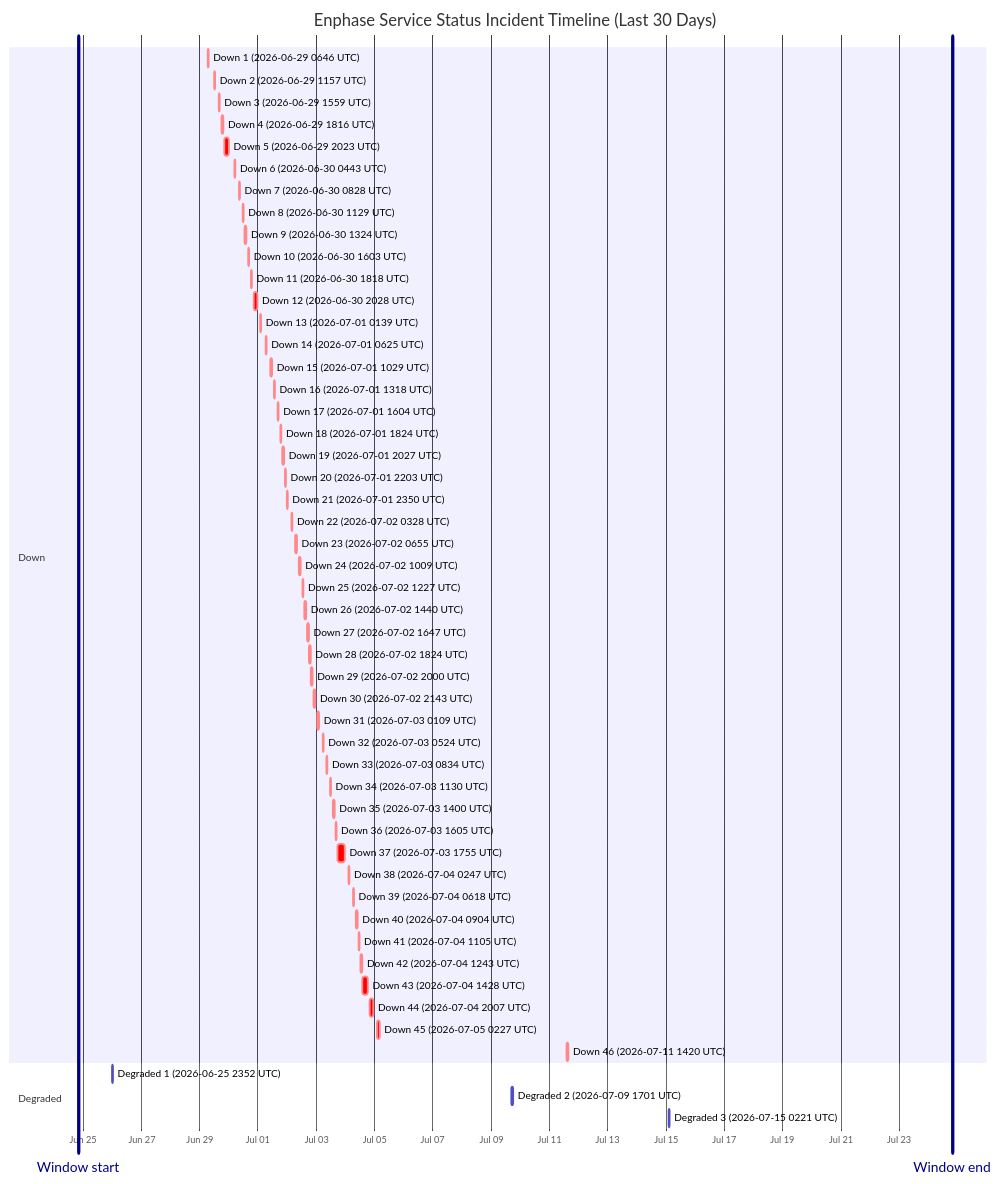
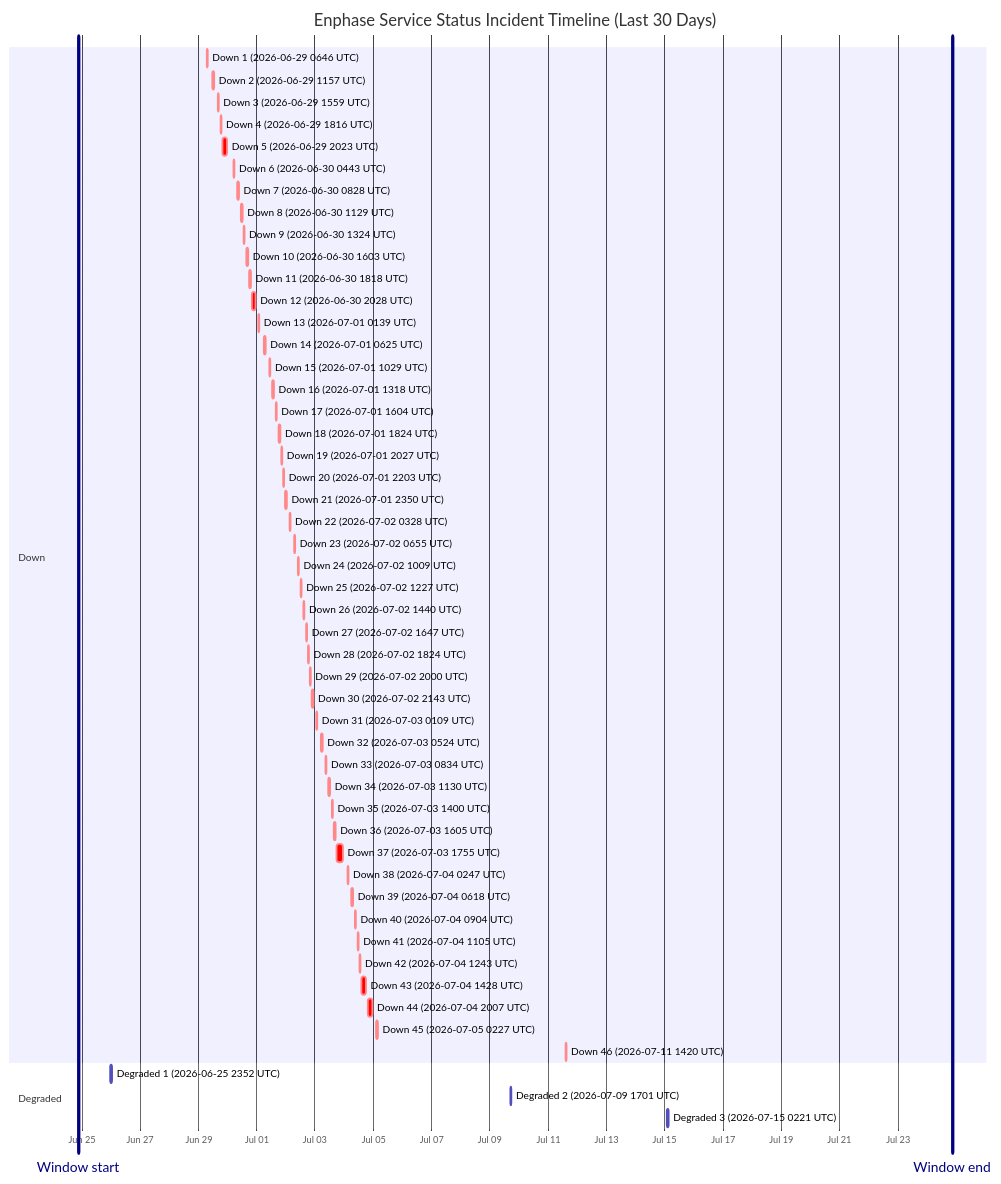
Before and after one commit to barneyonline/ha-enphase-energy: the diagram in wiki/Service-Status-History.md, drawn with Mermaid. The commit also changed other lines of this file and 3 other files, not shown here.

````diff
--- a/wiki/Service-Status-History.md
+++ b/wiki/Service-Status-History.md
@@ -14,59 +14,59 @@
 ```mermaid
 gantt
     title Enphase Service Status Incident Timeline (Last 30 Days)
     dateFormat  YYYY-MM-DDTHH:mm:ss
     axisFormat  %b %d
-    Window start :vert, window-start, 2026-06-24T19:54:21, 0ms
-    Window end :vert, window-end, 2026-07-24T19:54:21, 0ms
+    Window start :vert, window-start, 2026-06-24T21:01:29, 0ms
+    Window end :vert, window-end, 2026-07-24T21:01:29, 0ms
     section Down
     Down 1 (2026-06-29 0646 UTC) :crit, down-1, 2026-06-29T06:46:18, 60m
     Down 2 (2026-06-29 1157 UTC) :crit, down-2, 2026-06-29T11:57:36, 60m
     Down 3 (2026-06-29 1559 UTC) :crit, down-3, 2026-06-29T15:59:02, 60m
     Down 4 (2026-06-29 1816 UTC) :crit, down-4, 2026-06-29T18:16:38, 60m
     Down 5 (2026-06-29 2023 UTC) :crit, down-5, 2026-06-29T20:23:16, 220m
     Down 6 (2026-06-30 0443 UTC) :crit, down-6, 2026-06-30T04:43:54, 60m
     Down 7 (2026-06-30 0828 UTC) :crit, down-7, 2026-06-30T08:28:43, 60m
     Down 8 (2026-06-30 1129 UTC) :crit, down-8, 2026-06-30T11:29:15, 60m
     Down 9 (2026-06-30 1324 UTC) :crit, down-9, 2026-06-30T13:24:25, 60m
     Down 10 (2026-06-30 1603 UTC) :crit, down-10, 2026-06-30T16:03:26, 60m
     Down 11 (2026-06-30 1818 UTC) :crit, down-11, 2026-06-30T18:18:39, 60m
     Down 12 (2026-06-30 2028 UTC) :crit, down-12, 2026-06-30T20:28:54, 171m
     Down 13 (2026-07-01 0139 UTC) :crit, down-13, 2026-07-01T01:39:18, 60m
     Down 14 (2026-07-01 0625 UTC) :crit, down-14, 2026-07-01T06:25:35, 60m
     Down 15 (2026-07-01 1029 UTC) :crit, down-15, 2026-07-01T10:29:24, 60m
     Down 16 (2026-07-01 1318 UTC) :crit, down-16, 2026-07-01T13:18:31, 60m
     Down 17 (2026-07-01 1604 UTC) :crit, down-17, 2026-07-01T16:04:29, 60m
     Down 18 (2026-07-01 1824 UTC) :crit, down-18, 2026-07-01T18:24:21, 60m
     Down 19 (2026-07-01 2027 UTC) :crit, down-19, 2026-07-01T20:27:17, 60m
     Down 20 (2026-07-01 2203 UTC) :crit, down-20, 2026-07-01T22:03:46, 60m
     Down 21 (2026-07-01 2350 UTC) :crit, down-21, 2026-07-01T23:50:52, 60m
     Down 22 (2026-07-02 0328 UTC) :crit, down-22, 2026-07-02T03:28:33, 60m
     Down 23 (2026-07-02 0655 UTC) :crit, down-23, 2026-07-02T06:55:07, 60m
     Down 24 (2026-07-02 1009 UTC) :crit, down-24, 2026-07-02T10:09:15, 60m
     Down 25 (2026-07-02 1227 UTC) :crit, down-25, 2026-07-02T12:27:49, 60m
     Down 26 (2026-07-02 1440 UTC) :crit, down-26, 2026-07-02T14:40:53, 60m
     Down 27 (2026-07-02 1647 UTC) :crit, down-27, 2026-07-02T16:47:47, 60m
     Down 28 (2026-07-02 1824 UTC) :crit, down-28, 2026-07-02T18:24:26, 60m
     Down 29 (2026-07-02 2000 UTC) :crit, down-29, 2026-07-02T20:00:57, 60m
     Down 30 (2026-07-02 2143 UTC) :crit, down-30, 2026-07-02T21:43:52, 80m
     Down 31 (2026-07-03 0109 UTC) :crit, down-31, 2026-07-03T01:09:19, 60m
     Down 32 (2026-07-03 0524 UTC) :crit, down-32, 2026-07-03T05:24:23, 60m
     Down 33 (2026-07-03 0834 UTC) :crit, down-33, 2026-07-03T08:34:05, 60m
     Down 34 (2026-07-03 1130 UTC) :crit, down-34, 2026-07-03T11:30:41, 60m
     Down 35 (2026-07-03 1400 UTC) :crit, down-35, 2026-07-03T14:00:48, 60m
     Down 36 (2026-07-03 1605 UTC) :crit, down-36, 2026-07-03T16:05:49, 60m
     Down 37 (2026-07-03 1755 UTC) :crit, down-37, 2026-07-03T17:55:54, 338m
     Down 38 (2026-07-04 0247 UTC) :crit, down-38, 2026-07-04T02:47:22, 60m
     Down 39 (2026-07-04 0618 UTC) :crit, down-39, 2026-07-04T06:18:09, 60m
     Down 40 (2026-07-04 0904 UTC) :crit, down-40, 2026-07-04T09:04:41, 60m
     Down 41 (2026-07-04 1105 UTC) :crit, down-41, 2026-07-04T11:05:21, 60m
     Down 42 (2026-07-04 1243 UTC) :crit, down-42, 2026-07-04T12:43:25, 60m
     Down 43 (2026-07-04 1428 UTC) :crit, down-43, 2026-07-04T14:28:07, 243m
     Down 44 (2026-07-04 2007 UTC) :crit, down-44, 2026-07-04T20:07:50, 206m
     Down 45 (2026-07-05 0227 UTC) :crit, down-45, 2026-07-05T02:27:32, 109m
     Down 46 (2026-07-11 1420 UTC) :crit, down-46, 2026-07-11T14:20:54, 69m
     section Degraded
     Degraded 1 (2026-06-25 2352 UTC) :active, degraded-1, 2026-06-25T23:52:01, 60m
     Degraded 2 (2026-07-09 1701 UTC) :active, degraded-2, 2026-07-09T17:01:02, 60m
     Degraded 3 (2026-07-15 0221 UTC) :active, degraded-3, 2026-07-15T02:21:35, 60m
 ```
````
